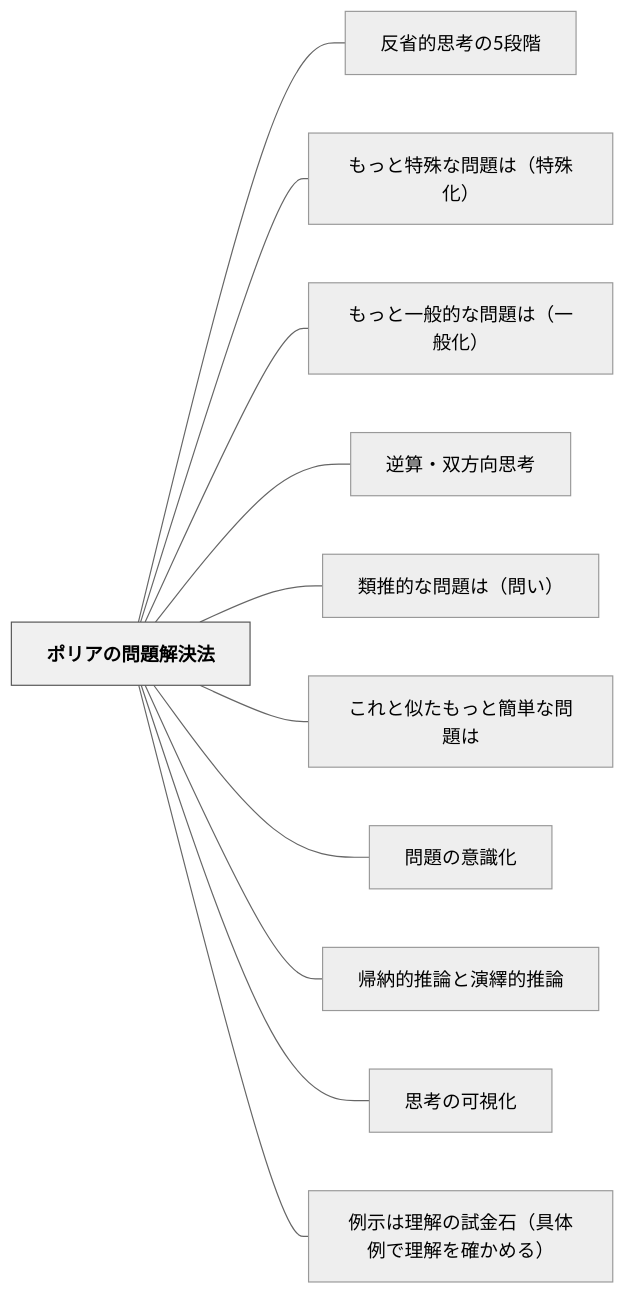
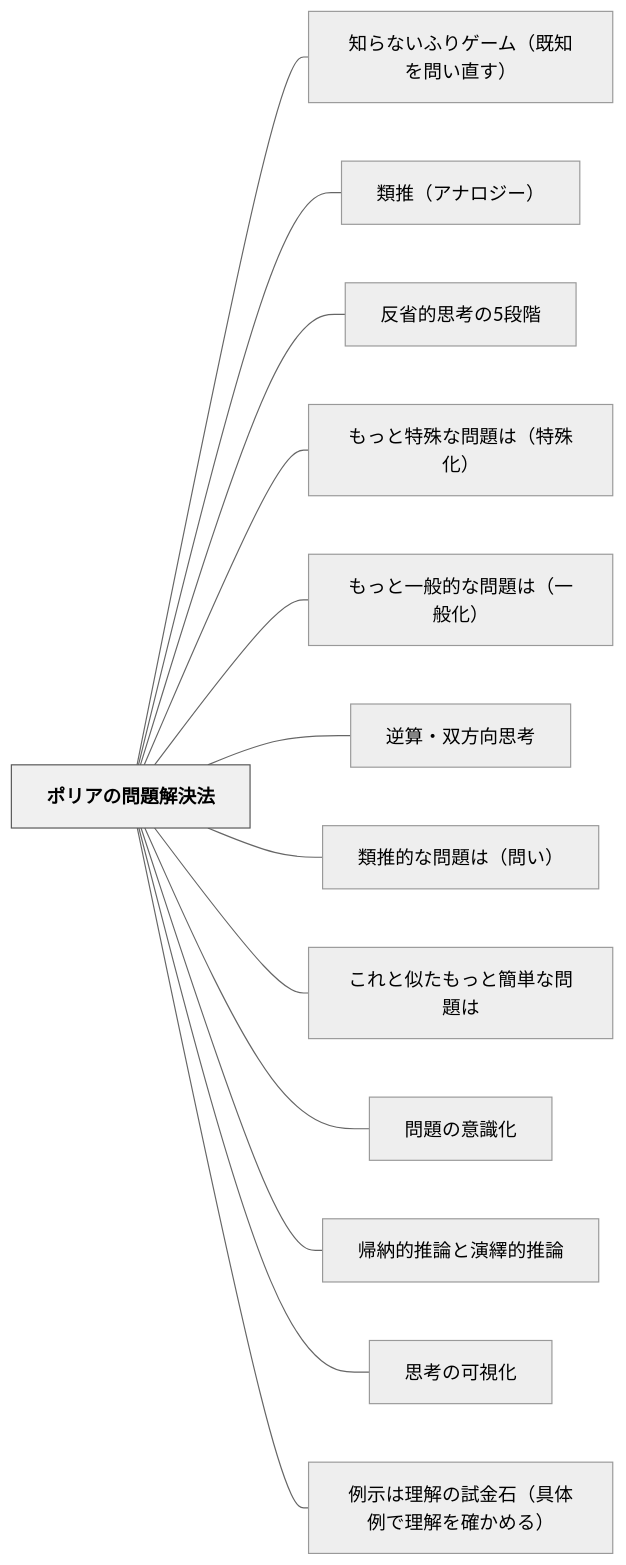
One commit to unknownthings-ed-patterns/unknownthings-ed-patterns changed the diagram in content/パタン/ポリアの問題解決法.md. Above: the diagram before and after it, drawn with Mermaid (neutral theme). The commit also changed other lines of this file and 185 other files, not shown here.

````diff
--- a/content/パタン/ポリアの問題解決法.md
+++ b/content/パタン/ポリアの問題解決法.md
@@ -238,28 +240,32 @@
 ```mermaid
 flowchart LR
     ne3839de383aae382a2e381aee5958fe9a18ce8a7a3e6b1bae6b395["ポリアの問題解決法"]
+    ne79fa5e38289e381aae38184e381b5e3828ae382b2e383bce383a0efbc88e697a2e79fa5e38292e5958fe38184e79bb4e38199efbc89["知らないふりゲーム（既知を問い直す）"]
+    ne9a19ee68ea8efbc88e382a2e3838ae383ade382b8e383bcefbc89["類推（アナロジー）"]
     ne58f8de79c81e79a84e6809de88083e381ae35e6aeb5e99a8e["反省的思考の5段階"]
     ne38282e381a3e381a8e789b9e6ae8ae381aae5958fe9a18ce381afefbc88e789b9e6ae8ae58c96efbc89["もっと特殊な問題は（特殊化）"]
     ne38282e381a3e381a8e4b880e888ace79a84e381aae5958fe9a18ce381afefbc88e4b880e888ace58c96efbc89["もっと一般的な問題は（一般化）"]
     ne98086e7ae97e383bbe58f8ce696b9e59091e6809de88083["逆算・双方向思考"]
     ne9a19ee68ea8e79a84e381aae5958fe9a18ce381afefbc88e5958fe38184efbc89["類推的な問題は（問い）"]
     ne38193e3828ce381a8e4bcbce3819fe38282e381a3e381a8e7b0a1e58d98e381aae5958fe9a18ce381af["これと似たもっと簡単な問題は"]
     ne5958fe9a18ce381aee6848fe8ad98e58c96["問題の意識化"]
     ne5b8b0e7b48de79a84e68ea8e8ab96e381a8e6bc94e7b9b9e79a84e68ea8e8ab96["帰納的推論と演繹的推論"]
     ne6809de88083e381aee58fafe8a696e58c96["思考の可視化"]
     ne4be8be7a4bae381afe79086e8a7a3e381aee8a9a6e98791e79fb3efbc88e585b7e4bd93e4be8be381a7e79086e8a7a3e38292e7a2bae3818be38281e3828befbc89["例示は理解の試金石（具体例で理解を確かめる）"]
 
+    ne3839de383aae382a2e381aee5958fe9a18ce8a7a3e6b1bae6b395 --- ne79fa5e38289e381aae38184e381b5e3828ae382b2e383bce383a0efbc88e697a2e79fa5e38292e5958fe38184e79bb4e38199efbc89
+    ne3839de383aae382a2e381aee5958fe9a18ce8a7a3e6b1bae6b395 --- ne9a19ee68ea8efbc88e382a2e3838ae383ade382b8e383bcefbc89
     ne3839de383aae382a2e381aee5958fe9a18ce8a7a3e6b1bae6b395 --- ne58f8de79c81e79a84e6809de88083e381ae35e6aeb5e99a8e
     ne3839de383aae382a2e381aee5958fe9a18ce8a7a3e6b1bae6b395 --- ne38282e381a3e381a8e789b9e6ae8ae381aae5958fe9a18ce381afefbc88e789b9e6ae8ae58c96efbc89
     ne3839de383aae382a2e381aee5958fe9a18ce8a7a3e6b1bae6b395 --- ne38282e381a3e381a8e4b880e888ace79a84e381aae5958fe9a18ce381afefbc88e4b880e888ace58c96efbc89
     ne3839de383aae382a2e381aee5958fe9a18ce8a7a3e6b1bae6b395 --- ne98086e7ae97e383bbe58f8ce696b9e59091e6809de88083
     ne3839de383aae382a2e381aee5958fe9a18ce8a7a3e6b1bae6b395 --- ne9a19ee68ea8e79a84e381aae5958fe9a18ce381afefbc88e5958fe38184efbc89
     ne3839de383aae382a2e381aee5958fe9a18ce8a7a3e6b1bae6b395 --- ne38193e3828ce381a8e4bcbce3819fe38282e381a3e381a8e7b0a1e58d98e381aae5958fe9a18ce381af
     ne3839de383aae382a2e381aee5958fe9a18ce8a7a3e6b1bae6b395 --- ne5958fe9a18ce381aee6848fe8ad98e58c96
     ne3839de383aae382a2e381aee5958fe9a18ce8a7a3e6b1bae6b395 --- ne5b8b0e7b48de79a84e68ea8e8ab96e381a8e6bc94e7b9b9e79a84e68ea8e8ab96
     ne3839de383aae382a2e381aee5958fe9a18ce8a7a3e6b1bae6b395 --- ne6809de88083e381aee58fafe8a696e58c96
     ne3839de383aae382a2e381aee5958fe9a18ce8a7a3e6b1bae6b395 --- ne4be8be7a4bae381afe79086e8a7a3e381aee8a9a6e98791e79fb3efbc88e585b7e4bd93e4be8be381a7e79086e8a7a3e38292e7a2bae3818be38281e3828befbc89
 
     classDef hub fill:#f0f0f0,stroke:#555,color:#000,font-weight:bold
     class ne3839de383aae382a2e381aee5958fe9a18ce8a7a3e6b1bae6b395 hub
 ```
````
